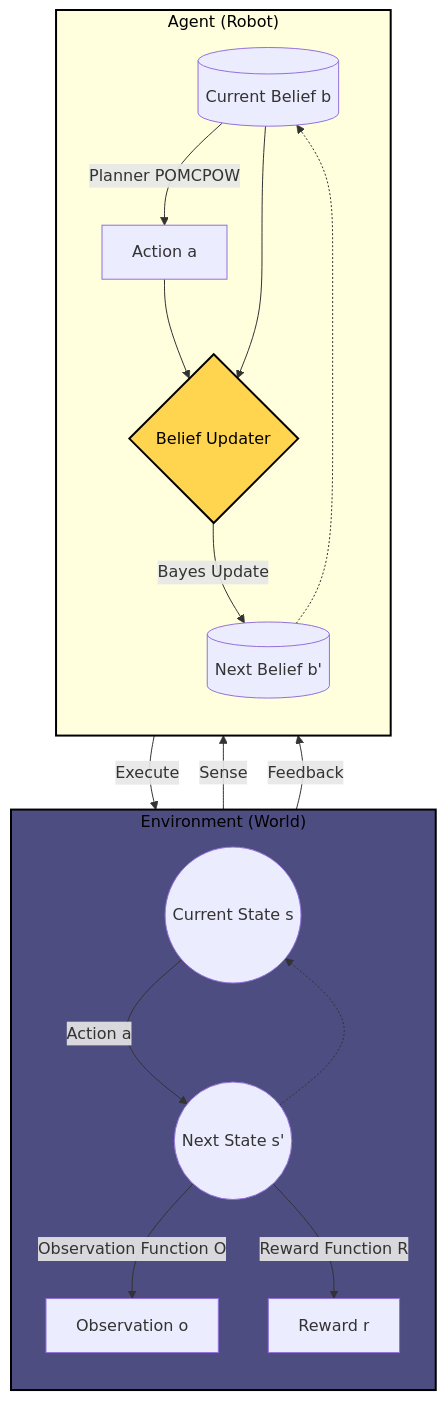
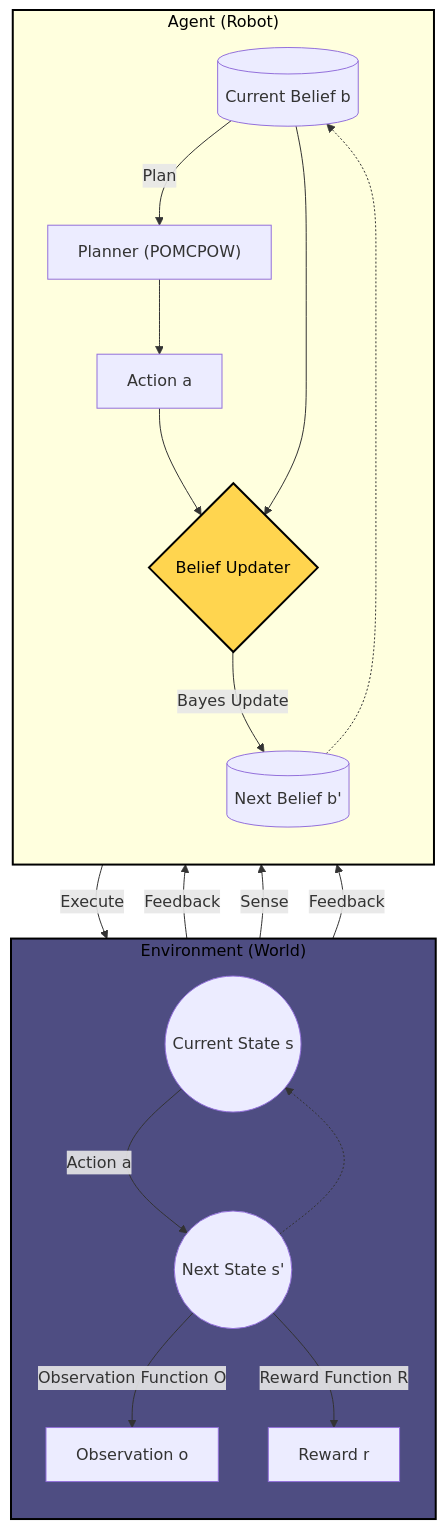
The first of 2 diagrams in README.md (hoashalarajh/Partially-Observable-Markov-Decision-Process-based-Robot-Decision-Making), drawn with Mermaid before and after one commit.

Commit message:
Update diagram in README for clarity

````diff
--- a/README.md
+++ b/README.md
@@ -36,32 +36,37 @@
 ```mermaid
 graph TD
     subgraph Environment ["Environment (World)"]
         direction TB
         s_curr((Current State s)) -->|Action a| s_next((Next State s'))
         s_next -->|Observation Function O| o[Observation o]
         s_next -->|Reward Function R| r[Reward r]
     end
 
     subgraph Agent ["Agent (Robot)"]
         direction TB
-        b_curr[(Current Belief b)] -->|Planner POMCPOW| a[Action a]
+        %% The Planner (The Decision Maker)
+        b_curr[(Current Belief b)] -->|Plan| Planner
+        r -->|Feedback| Planner["Planner (POMCPOW)"]
+        Planner --> a[Action a]
+
+        %% b_curr[(Current Belief b)] -->|Planner POMCPOW| a[Action a]
         o --> |Sense| Updater{Belief Updater}
         a --> Updater
         b_curr --> Updater
         Updater -->|Bayes Update| b_next[(Next Belief b')]
     end
 
     %% Connections between Agent and Environment
     a -->|Execute| s_curr
     r -->|Feedback| b_next
 
     %% The Loop Connection
     b_next -.-> b_curr
     s_next -.-> s_curr
 
     %% Styling
     %% I added 'color:black' (text) and 'stroke:black' (border) to Environment
     style Environment fill:#4e4d82,stroke:black,stroke-width:2px,color:black
     style Agent fill:##824d67,stroke:black,stroke-width:2px,color:black
     style Updater fill:#ffd54f,stroke:black,stroke-width:2px,color:black
 ```
````
